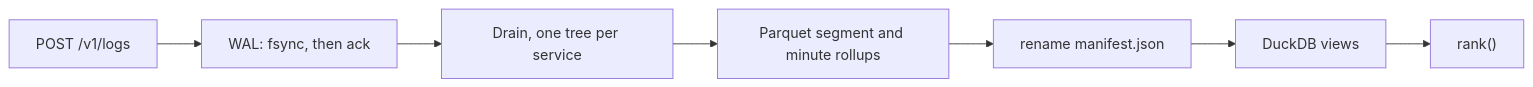
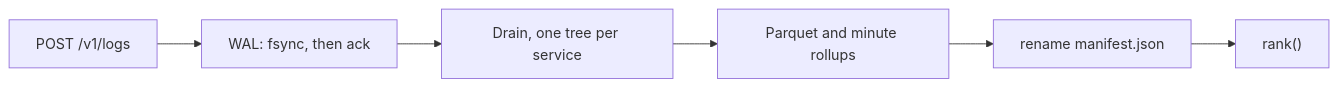
Before and after one commit to VijayChamakuri/sift: the diagram in README.md, drawn with Mermaid. The commit also changed other lines of this file and 9 other files, not shown here.

````diff
--- a/README.md
+++ b/README.md
@@ -94,9 +14,8 @@
 ```mermaid
 flowchart LR
   otlp["POST /v1/logs"] --> wal["WAL: fsync, then ack"]
   wal --> mine["Drain, one tree per service"]
-  mine --> seg["Parquet segment and minute rollups"]
+  mine --> seg["Parquet and minute rollups"]
   seg --> man["rename manifest.json"]
-  man --> duck["DuckDB views"]
-  duck --> rank["rank()"]
+  man --> rank["rank()"]
 ```
````
